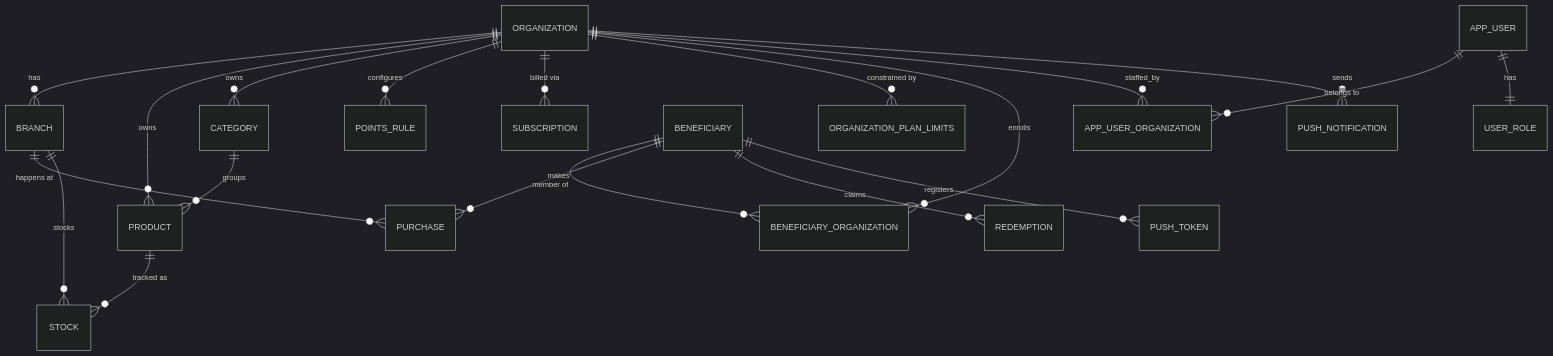
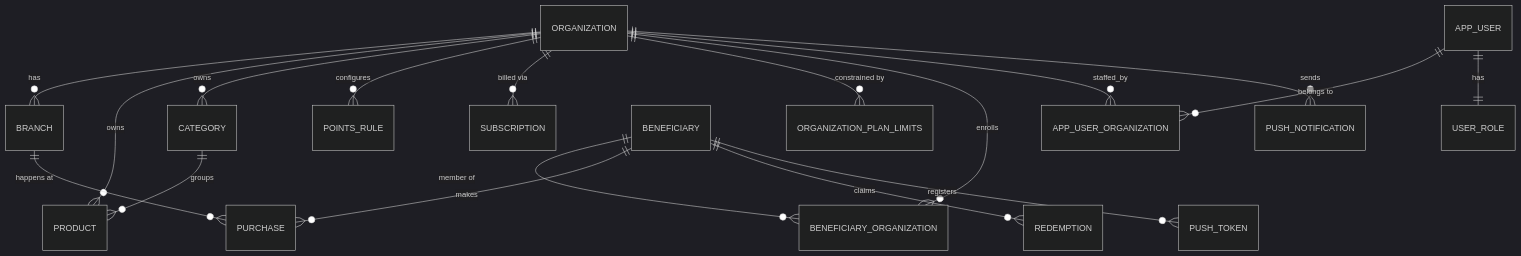
Before and after one commit to surfercoder/puntos-club-admin: the second of 7 diagrams in README.md, drawn with Mermaid (dark theme). The commit also changed other lines of this file and 55 other files, not shown here.

````diff
--- a/README.md
+++ b/README.md
@@ -135,22 +135,20 @@
 ```mermaid
 erDiagram
     ORGANIZATION ||--o{ BRANCH : has
     ORGANIZATION ||--o{ PRODUCT : owns
     ORGANIZATION ||--o{ CATEGORY : owns
     ORGANIZATION ||--o{ POINTS_RULE : configures
     ORGANIZATION ||--o{ SUBSCRIPTION : "billed via"
     ORGANIZATION ||--o{ ORGANIZATION_PLAN_LIMITS : "constrained by"
     ORGANIZATION ||--o{ BENEFICIARY_ORGANIZATION : enrolls
     BENEFICIARY ||--o{ BENEFICIARY_ORGANIZATION : "member of"
     BENEFICIARY ||--o{ PURCHASE : makes
     BENEFICIARY ||--o{ REDEMPTION : claims
     BENEFICIARY ||--o{ PUSH_TOKEN : registers
     BRANCH ||--o{ PURCHASE : "happens at"
-    BRANCH ||--o{ STOCK : "stocks"
-    PRODUCT ||--o{ STOCK : "tracked as"
     CATEGORY ||--o{ PRODUCT : groups
     APP_USER ||--o{ APP_USER_ORGANIZATION : "belongs to"
     APP_USER ||--|| USER_ROLE : "has"
     ORGANIZATION ||--o{ APP_USER_ORGANIZATION : staffed_by
     ORGANIZATION ||--o{ PUSH_NOTIFICATION : sends
 ```
````
